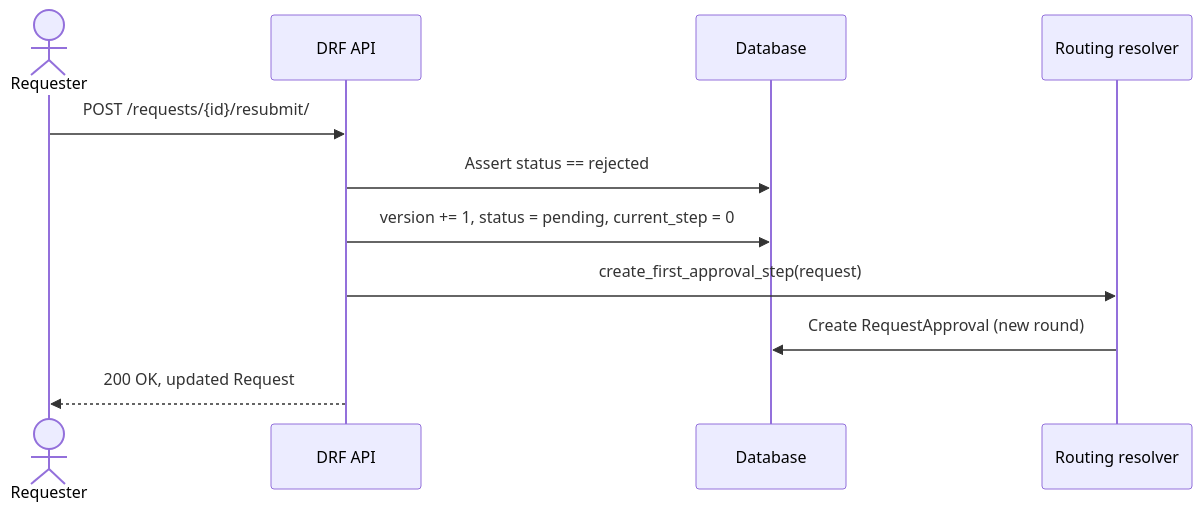
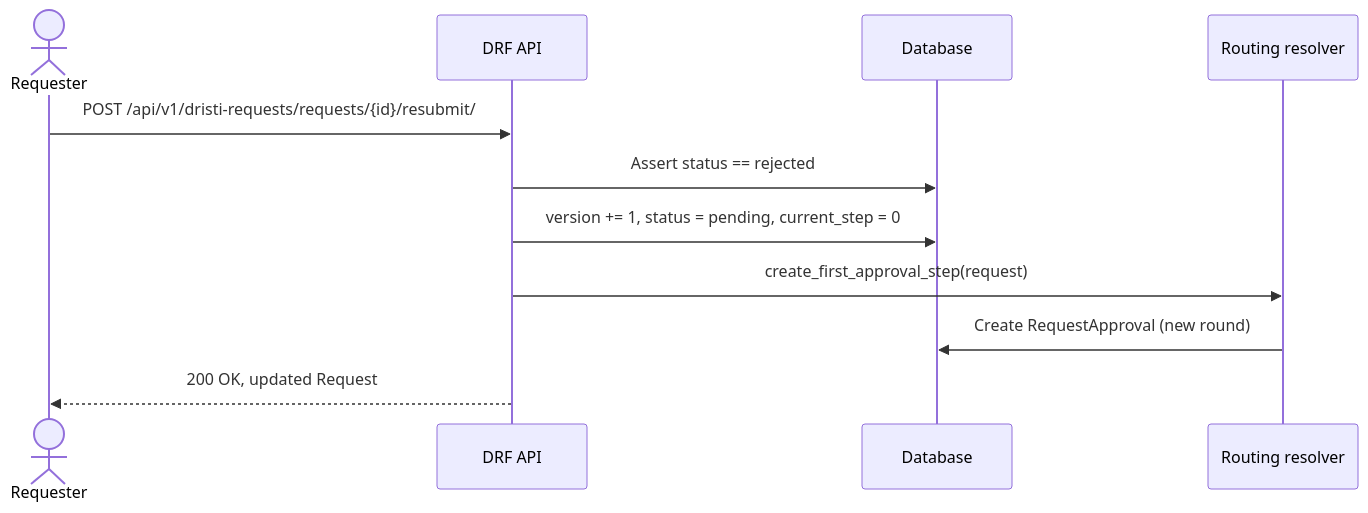
Before and after one commit to pucardotorg/dristi-be: the seventh of 8 diagrams in spec/0010-simple-requests-flow.md, drawn with Mermaid. The commit also changed other lines of this file and 2 other files, not shown here.

Commit message:
Rename APIs endpoint requests with dristi-requests

````diff
--- a/spec/0010-simple-requests-flow.md
+++ b/spec/0010-simple-requests-flow.md
@@ -370,14 +370,14 @@
 ```mermaid
 sequenceDiagram
     actor U as Requester
     participant API as DRF API
     participant DB as Database
     participant R as Routing resolver
 
-    U->>API: POST /requests/{id}/resubmit/
+    U->>API: POST /api/v1/dristi-requests/requests/{id}/resubmit/
     API->>DB: Assert status == rejected
     API->>DB: version += 1, status = pending, current_step = 0
     API->>R: create_first_approval_step(request)
     R->>DB: Create RequestApproval (new round)
     API-->>U: 200 OK, updated Request
 ```
````
